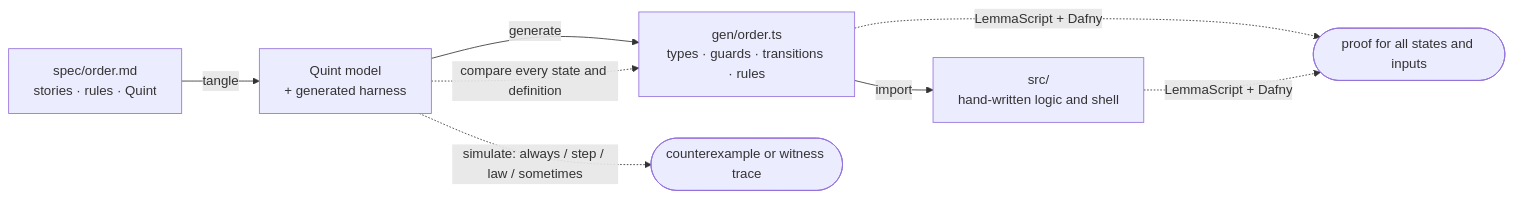
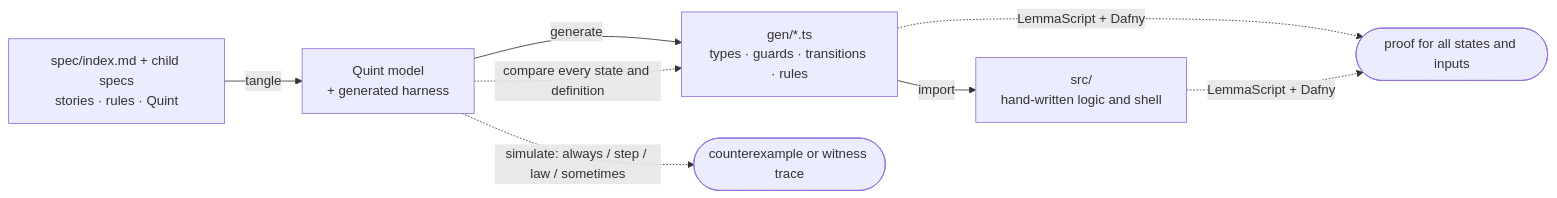
The first of 2 diagrams in README.md (lalalune/vibespec-starter), drawn with Mermaid before and after one commit. The commit also changed other lines of this file and 37 other files, not shown here.

Commit message:
Add hierarchical index specs and consolidate review ledgers

````diff
--- a/README.md
+++ b/README.md
@@ -43,16 +44,16 @@
 ```mermaid
 flowchart LR
-  spec["spec/order.md<br/>stories · rules · Quint"]
+  spec["spec/index.md + child specs<br/>stories · rules · Quint"]
   qnt["Quint model<br/>+ generated harness"]
-  ts["gen/order.ts<br/>types · guards · transitions · rules"]
+  ts["gen/*.ts<br/>types · guards · transitions · rules"]
   app["src/<br/>hand-written logic and shell"]
 
   spec -- tangle --> qnt
   qnt -- generate --> ts
   ts -- import --> app
 
   qnt -. "simulate: always / step / law / sometimes" .-> v1([counterexample or witness trace])
   qnt -. "compare every state and definition" .-> ts
   ts -. "LemmaScript + Dafny" .-> v2([proof for all states and inputs])
   app -. "LemmaScript + Dafny" .-> v2
 ```
````
